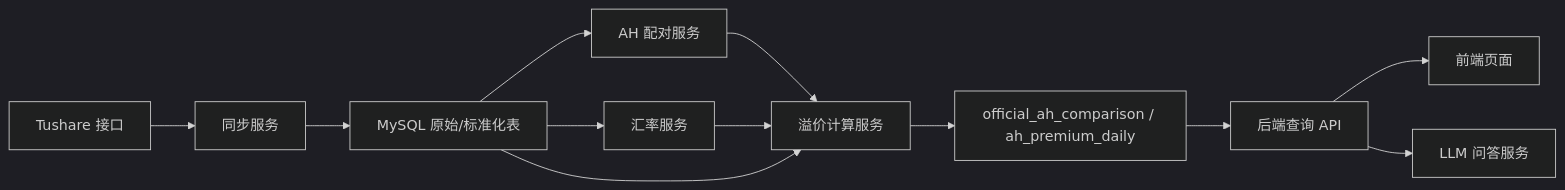
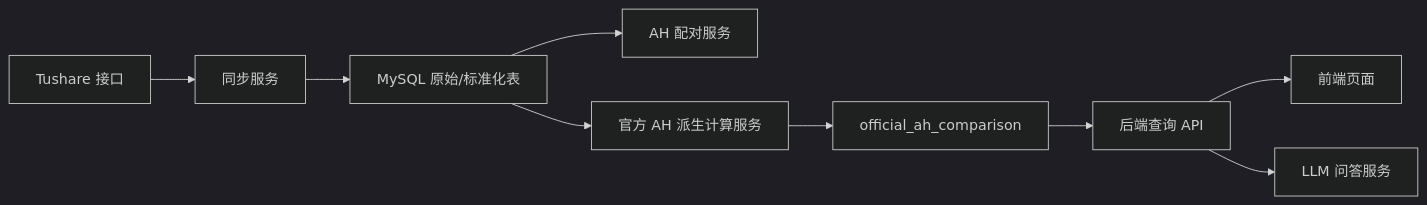
The diagram in resources/doc/phase-1-detailed-development-plan.md (WinSalty/stock-ah-premium-ai), drawn with Mermaid (dark theme) before and after one commit. The commit also changed other lines of this file and 17 other files, not shown here.

````diff
--- a/resources/doc/phase-1-detailed-development-plan.md
+++ b/resources/doc/phase-1-detailed-development-plan.md
@@ -445,14 +424,11 @@
 ```mermaid
 flowchart LR
   A["Tushare 接口"] --> B["同步服务"]
   B --> C["MySQL 原始/标准化表"]
   C --> D["AH 配对服务"]
-  C --> E["汇率服务"]
-  D --> F["溢价计算服务"]
-  E --> F
-  C --> F
-  F --> G["official_ah_comparison / ah_premium_daily"]
+  C --> F["官方 AH 派生计算服务"]
+  F --> G["official_ah_comparison"]
   G --> H["后端查询 API"]
   H --> I["前端页面"]
   H --> J["LLM 问答服务"]
 ```
````
